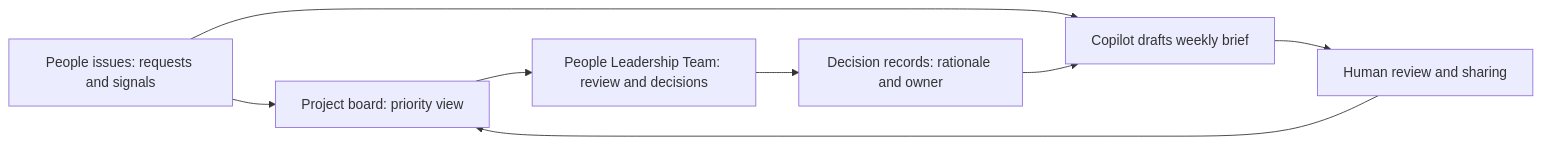
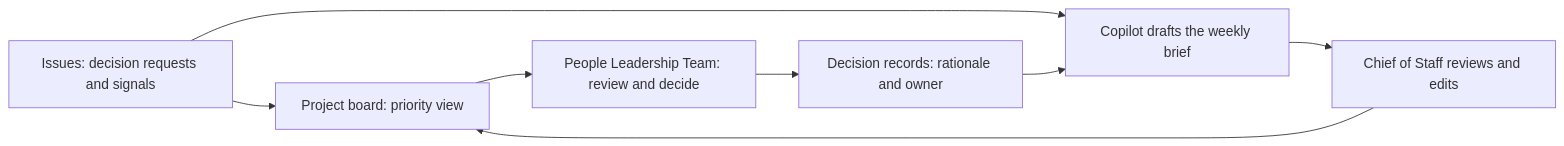
Before and after one commit to ellehelvig/people-leadership-os: the diagram in README.md, drawn with Mermaid. The commit also changed other lines of this file and 1 other file, not shown here.

First line of the commit message:
Rewrite README around real issues and board; remove sample-issues file

````diff
--- a/README.md
+++ b/README.md
@@ -13,10 +9,10 @@
 ```mermaid
 flowchart LR
-    A["People issues: requests and signals"] --> B["Project board: priority view"]
-    B --> C["People Leadership Team: review and decisions"]
+    A["Issues: decision requests and signals"] --> B["Project board: priority view"]
+    B --> C["People Leadership Team: review and decide"]
     C --> D["Decision records: rationale and owner"]
-    A --> E["Copilot drafts weekly brief"]
+    A --> E["Copilot drafts the weekly brief"]
     D --> E
-    E --> F["Human review and sharing"]
+    E --> F["Chief of Staff reviews and edits"]
     F --> B
 ```
````
